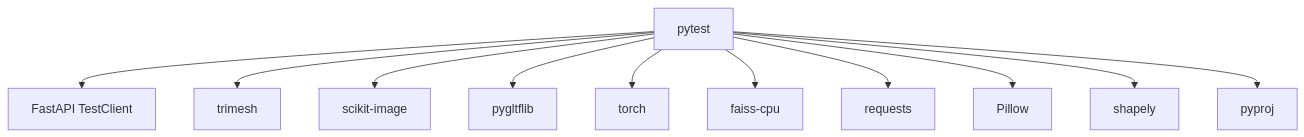
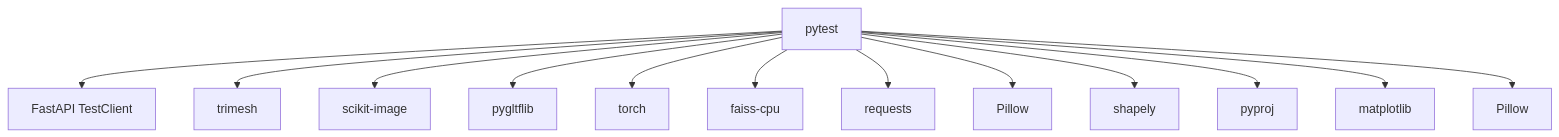
The sixth of 6 diagrams in .qoder/repowiki/zh/content/开发者指南/测试策略与实践.md (wsqstar/RoadGen3D), drawn with Mermaid before and after one commit. The commit also changed other lines of this file and 12 other files, not shown here.

````diff
--- a/.qoder/repowiki/zh/content/开发者指南/测试策略与实践.md
+++ b/.qoder/repowiki/zh/content/开发者指南/测试策略与实践.md
@@ -291,24 +417,28 @@
 ```mermaid
 graph TB
 PY["pytest"]
 FA["FastAPI TestClient"]
 TR["trimesh"]
 SI["scikit-image"]
 PG["pygltflib"]
 TH["torch"]
 FC["faiss-cpu"]
 RE["requests"]
 PI["Pillow"]
 SH["shapely"]
 PJ["pyproj"]
+MAT["matplotlib"]
+PIL["Pillow"]
 PY --> FA
 PY --> TR
 PY --> SI
 PY --> PG
 PY --> TH
 PY --> FC
 PY --> RE
 PY --> PI
 PY --> SH
 PY --> PJ
+PY --> MAT
+PY --> PIL
 ```
````
